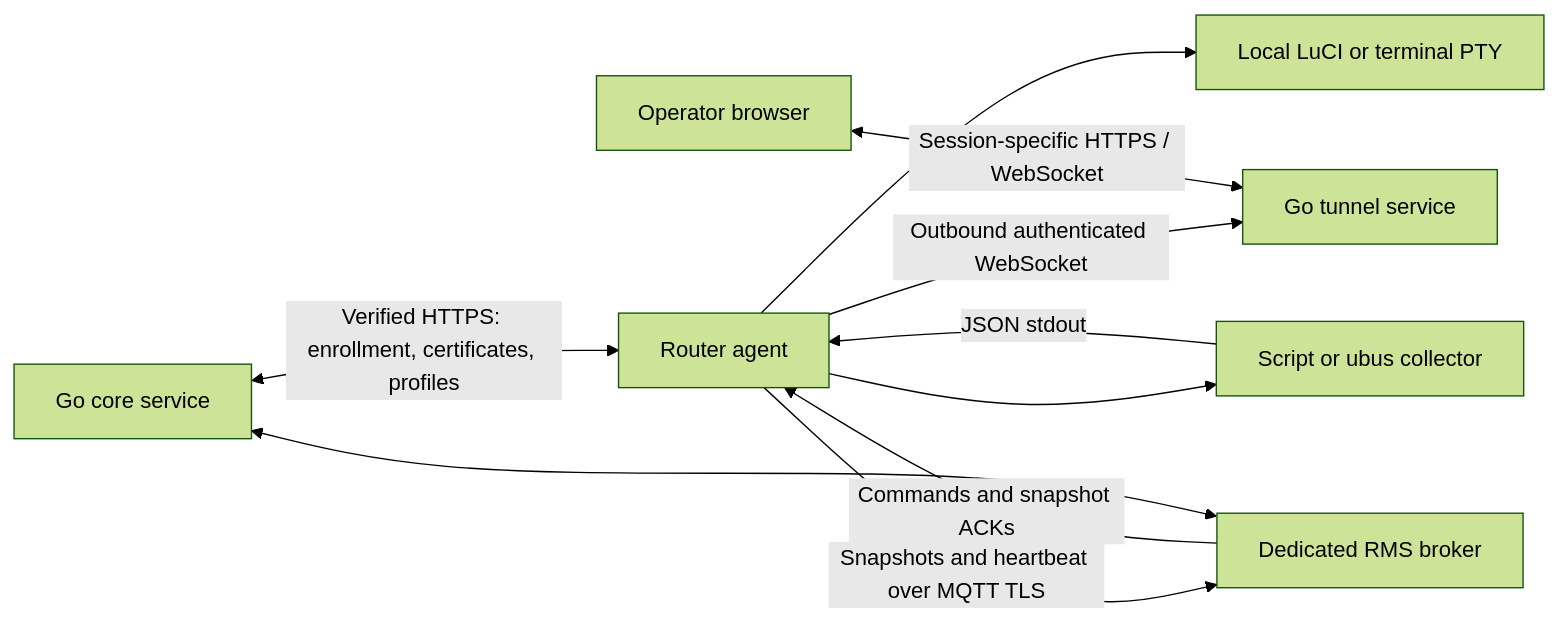
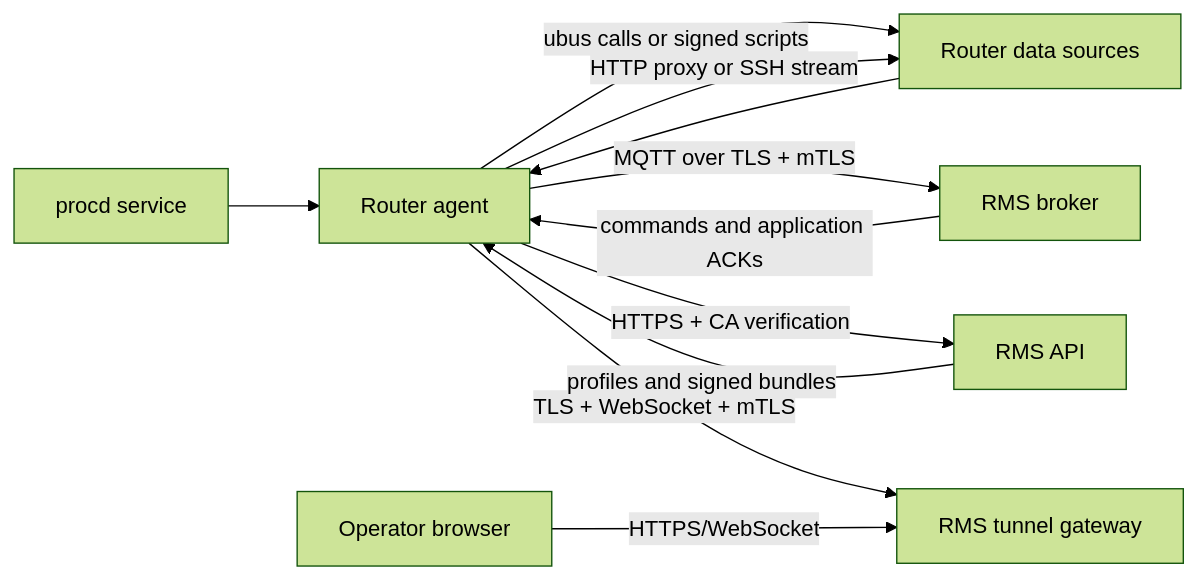
One commit to sourabhburse/xnet-rms changed the diagram in agent/HOW_IT_WORKS.md. Above: the diagram before and after it, drawn with Mermaid (forest theme). The commit also changed other lines of this file and 14 other files, not shown here.

````diff
--- a/agent/HOW_IT_WORKS.md
+++ b/agent/HOW_IT_WORKS.md
@@ -24,12 +36,13 @@
-```mermaid
+~~~mermaid
 flowchart LR
-    Core[Go core service] <-->|Verified HTTPS: enrollment, certificates, profiles| Agent[Router agent]
-    Agent -->|Snapshots and heartbeat over MQTT TLS| Broker[Dedicated RMS broker]
-    Broker -->|Commands and snapshot ACKs| Agent
-    Broker <--> Core
-    Agent -->|Outbound authenticated WebSocket| Tunnel[Go tunnel service]
-    Browser[Operator browser] <-->|Session-specific HTTPS / WebSocket| Tunnel
-    Agent --> Collector[Script or ubus collector]
-    Collector -->|JSON stdout| Agent
-    Agent --> Local[Local LuCI or terminal PTY]
-```
+    Init[procd service] --> Agent[Router agent]
+    Agent -->|HTTPS + CA verification| API[RMS API]
+    Agent -->|MQTT over TLS + mTLS| Broker[RMS broker]
+    Agent -->|TLS + WebSocket + mTLS| Gateway[RMS tunnel gateway]
+    API -->|profiles and signed bundles| Agent
+    Broker -->|commands and application ACKs| Agent
+    Operator[Operator browser] -->|HTTPS/WebSocket| Gateway
+    Agent -->|ubus calls or signed scripts| Local[Router data sources]
+    Agent -->|HTTP proxy or SSH stream| Local
+    Local --> Agent
+~~~
````
